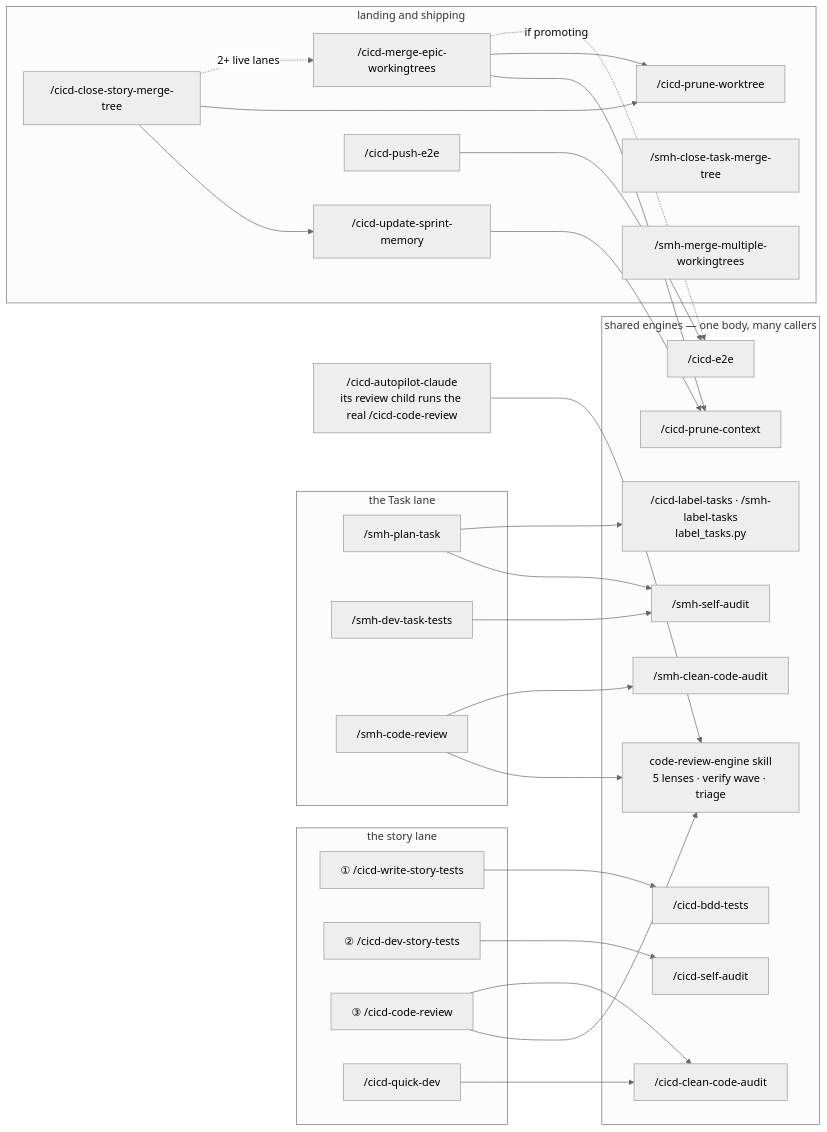
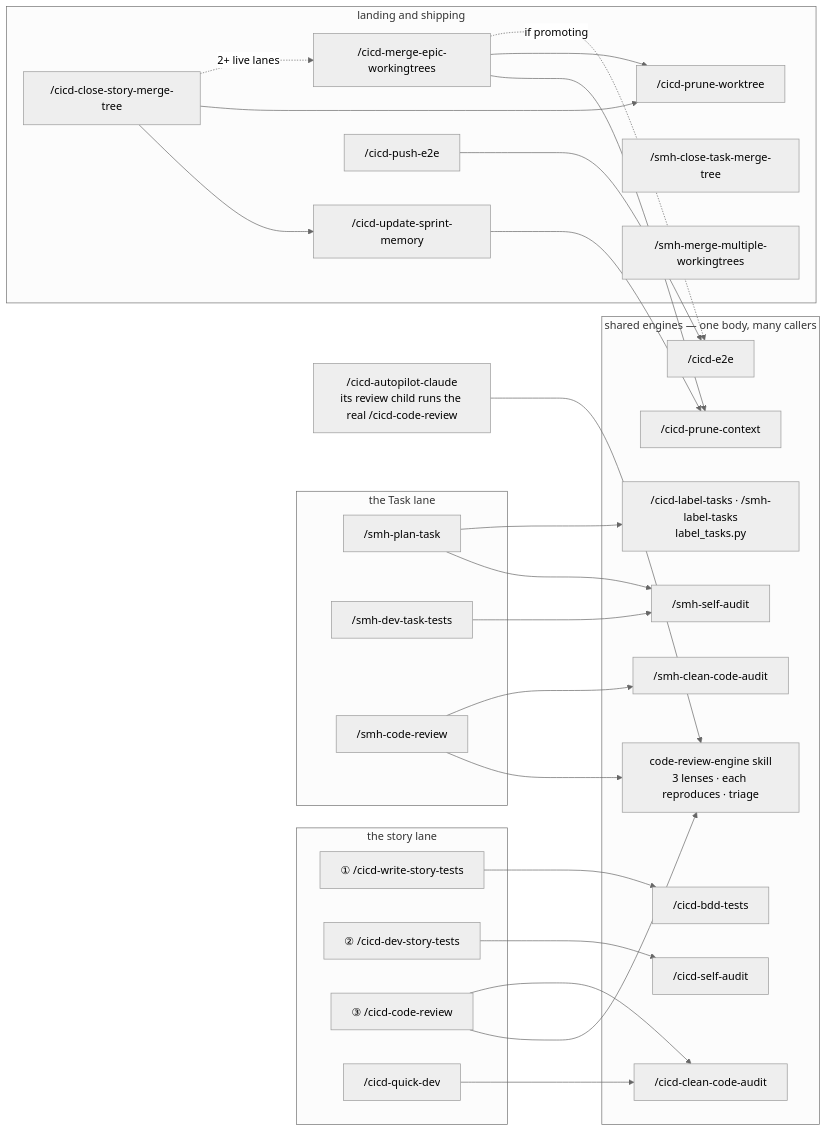
Before and after one commit to sudomadhatter/Sudo_Hatter_Command: diagram 12 of 46 in docs/_scc_sops_prds/operator_workflows_quickref.md, drawn with Mermaid (neutral theme). The commit also changed other lines of this file and 4 other files, not shown here.

````diff
--- a/docs/_scc_sops_prds/operator_workflows_quickref.md
+++ b/docs/_scc_sops_prds/operator_workflows_quickref.md
@@ -371,53 +371,53 @@
 ```mermaid
 flowchart LR
     subgraph STORY ["the story lane"]
         ONE["① /cicd-write-story-tests"]
         TWO["② /cicd-dev-story-tests"]
         THREE["③ /cicd-code-review"]
         QD["/cicd-quick-dev"]
     end
     subgraph TASK ["the Task lane"]
         PT["/smh-plan-task"]
         SQD["/smh-dev-task-tests"]
         SCR["/smh-code-review"]
     end
     subgraph LAND ["landing and shipping"]
         CSM["/cicd-close-story-merge-tree"]
         USM["/cicd-update-sprint-memory"]
         MEW["/cicd-merge-epic-workingtrees"]
         CWT["/cicd-prune-worktree"]
         PE["/cicd-push-e2e"]
         TM["/smh-close-task-merge-tree"]
         MM["/smh-merge-multiple-workingtrees"]
     end
     subgraph ENG ["shared engines — one body, many callers"]
         BDD["/cicd-bdd-tests"]
         SA["/cicd-self-audit"]
         SSA["/smh-self-audit"]
-        CRE["code-review-engine skill\n5 lenses · verify wave · triage"]
+        CRE["code-review-engine skill\n3 lenses · each reproduces · triage"]
         CCA["/cicd-clean-code-audit"]
         SCCA["/smh-clean-code-audit"]
         E2E["/cicd-e2e"]
         PC["/cicd-prune-context"]
         LT["/cicd-label-tasks · /smh-label-tasks\nlabel_tasks.py"]
     end
     ONE --> BDD
     TWO --> SA
     THREE --> CRE
     THREE --> CCA
     QD --> CCA
     SQD --> SSA
     PT --> SSA
     PT --> LT
     SCR --> CRE
     SCR --> SCCA
     CSM --> USM
     USM --> PC
     CSM --> CWT
     CSM -.->|"2+ live lanes"| MEW
     MEW --> PC
     MEW --> CWT
     MEW -.->|"if promoting"| E2E
     PE --> E2E
     AP["/cicd-autopilot-claude\nits review child runs the real /cicd-code-review"] --> CRE
 ```
````
